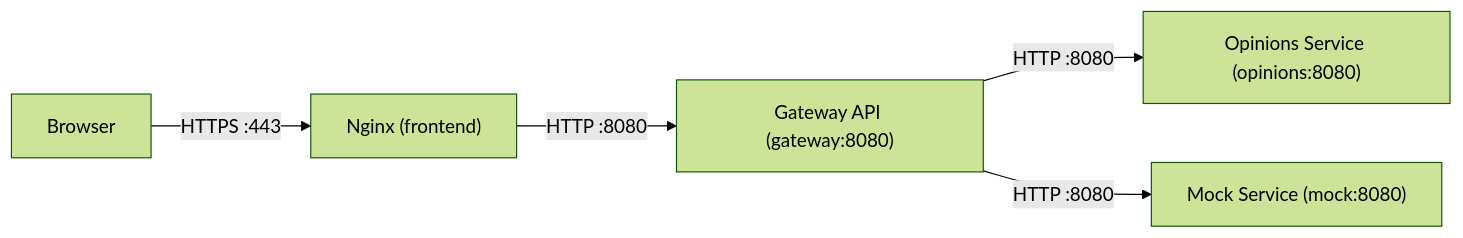
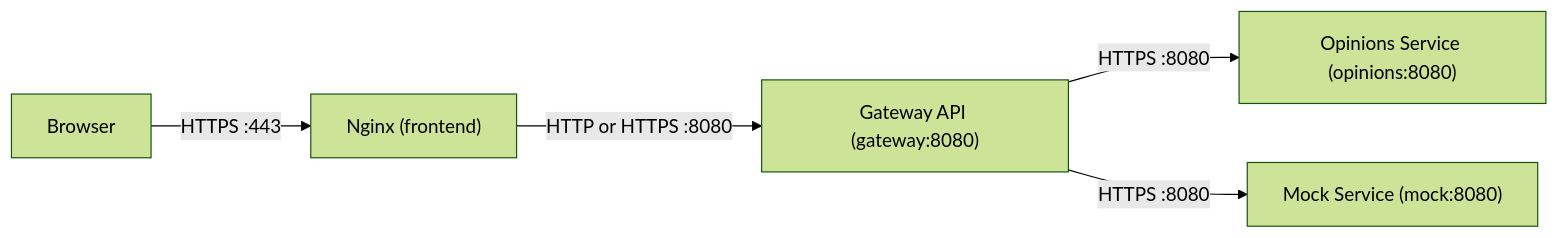
Before and after one commit to owrmille/r8n: the second of 2 diagrams in docs/frontend-guide-dita.md, drawn with Mermaid (forest theme). The commit also changed other lines of this file and 2 other files, not shown here.

Commit message:
Update docs for internal HTTPS

````diff
--- a/docs/frontend-guide-dita.md
+++ b/docs/frontend-guide-dita.md
@@ -101,13 +101,13 @@
 ```mermaid
 graph LR
   Browser["Browser"]
   Nginx["Nginx (frontend)"]
   Gateway["Gateway API (gateway:8080)"]
   Opinions["Opinions Service (opinions:8080)"]
   Mock["Mock Service (mock:8080)"]
 
   Browser -->|"HTTPS :443"| Nginx
-  Nginx -->|"HTTP :8080"| Gateway
-  Gateway -->|"HTTP :8080"| Opinions
-  Gateway -->|"HTTP :8080"| Mock
+  Nginx -->|"HTTP or HTTPS :8080"| Gateway
+  Gateway -->|"HTTPS :8080"| Opinions
+  Gateway -->|"HTTPS :8080"| Mock
 ```
````
